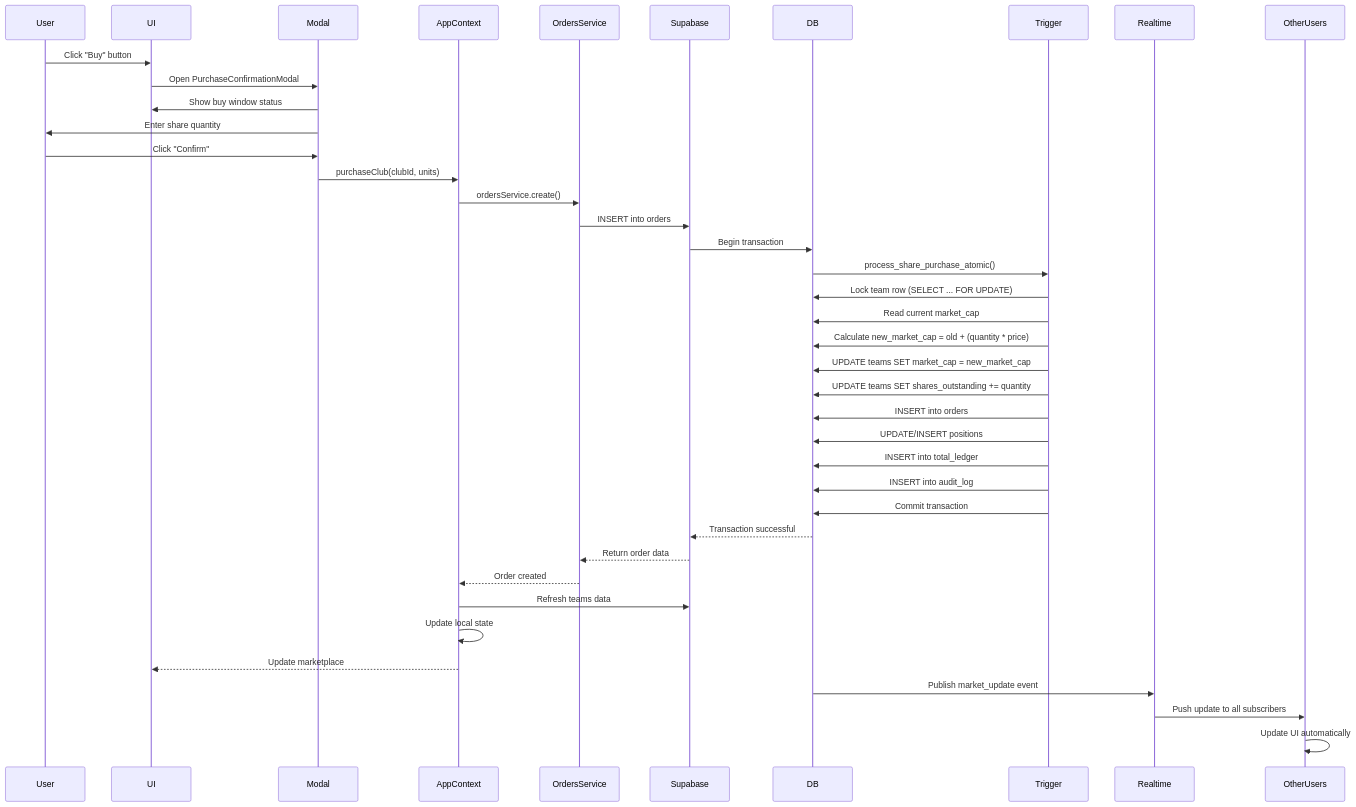
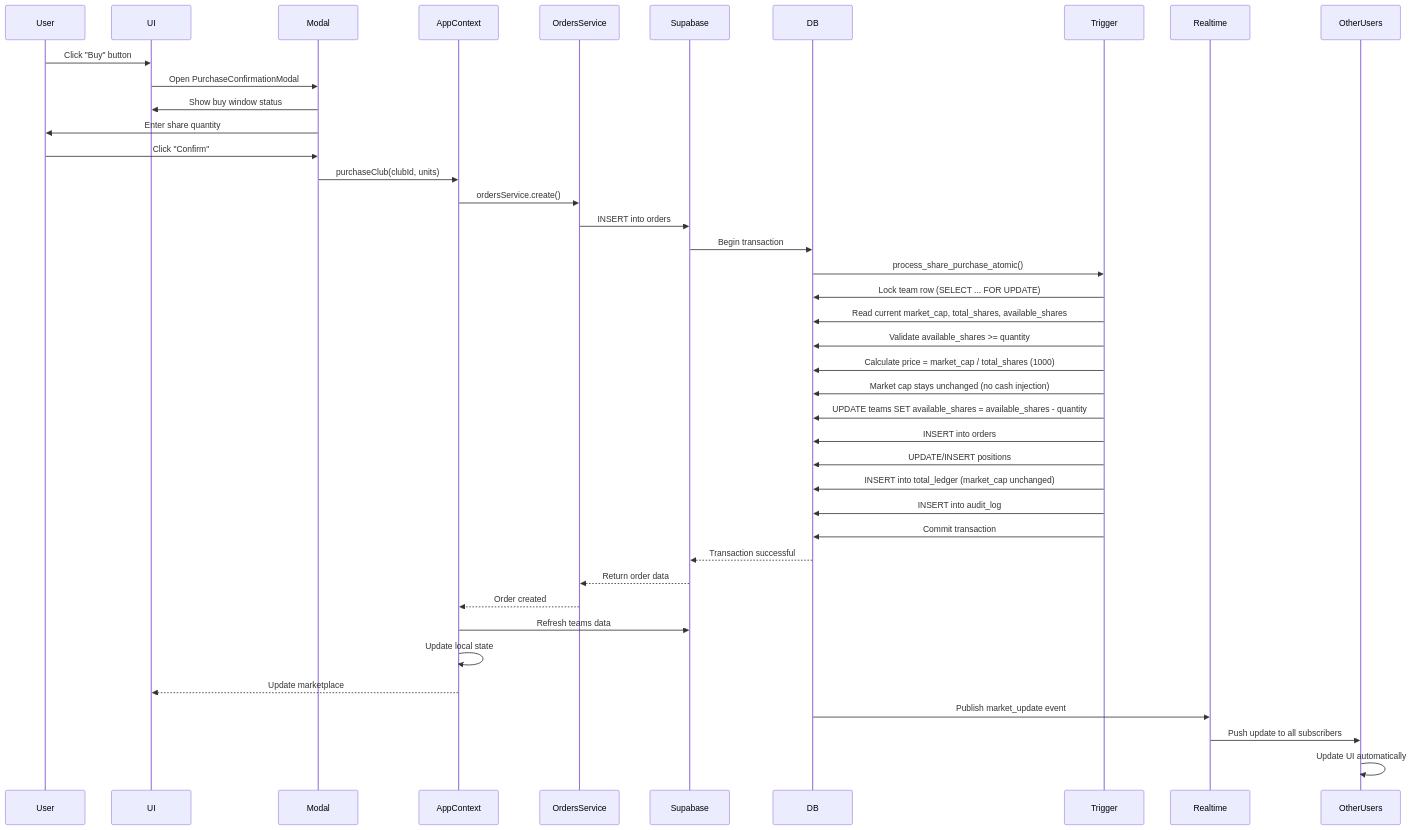
The first of 8 diagrams in DATA_FLOW_DIAGRAMS.md (oasis-digital-ae/ACE-MVP), drawn with Mermaid before and after one commit. The commit also changed other lines of this file and 48 other files, not shown here.

````diff
--- a/DATA_FLOW_DIAGRAMS.md
+++ b/DATA_FLOW_DIAGRAMS.md
@@ -5,49 +5,50 @@
 ```mermaid
 sequenceDiagram
     participant User
     participant UI
     participant Modal
     participant AppContext
     participant OrdersService
     participant Supabase
     participant DB
     participant Trigger
     participant Realtime
     participant OtherUsers
     
     User->>UI: Click "Buy" button
     UI->>Modal: Open PurchaseConfirmationModal
     Modal->>UI: Show buy window status
     Modal->>User: Enter share quantity
     User->>Modal: Click "Confirm"
     
     Modal->>AppContext: purchaseClub(clubId, units)
     AppContext->>OrdersService: ordersService.create()
     
     OrdersService->>Supabase: INSERT into orders
     Supabase->>DB: Begin transaction
     DB->>Trigger: process_share_purchase_atomic()
     
     Trigger->>DB: Lock team row (SELECT ... FOR UPDATE)
-    Trigger->>DB: Read current market_cap
-    Trigger->>DB: Calculate new_market_cap = old + (quantity * price)
-    Trigger->>DB: UPDATE teams SET market_cap = new_market_cap
-    Trigger->>DB: UPDATE teams SET shares_outstanding += quantity
+    Trigger->>DB: Read current market_cap, total_shares, available_shares
+    Trigger->>DB: Validate available_shares >= quantity
+    Trigger->>DB: Calculate price = market_cap / total_shares (1000)
+    Trigger->>DB: Market cap stays unchanged (no cash injection)
+    Trigger->>DB: UPDATE teams SET available_shares = available_shares - quantity
     Trigger->>DB: INSERT into orders
     Trigger->>DB: UPDATE/INSERT positions
-    Trigger->>DB: INSERT into total_ledger
+    Trigger->>DB: INSERT into total_ledger (market_cap unchanged)
     Trigger->>DB: INSERT into audit_log
     Trigger->>DB: Commit transaction
     
     DB-->>Supabase: Transaction successful
     Supabase-->>OrdersService: Return order data
     OrdersService-->>AppContext: Order created
     
     AppContext->>Supabase: Refresh teams data
     AppContext->>AppContext: Update local state
     AppContext-->>UI: Update marketplace
     
     DB->>Realtime: Publish market_update event
     Realtime->>OtherUsers: Push update to all subscribers
     OtherUsers->>OtherUsers: Update UI automatically
 ```
````
